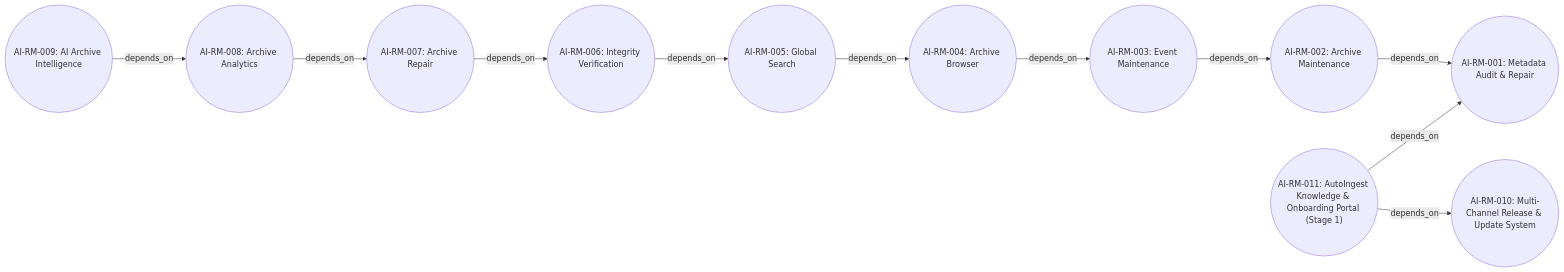
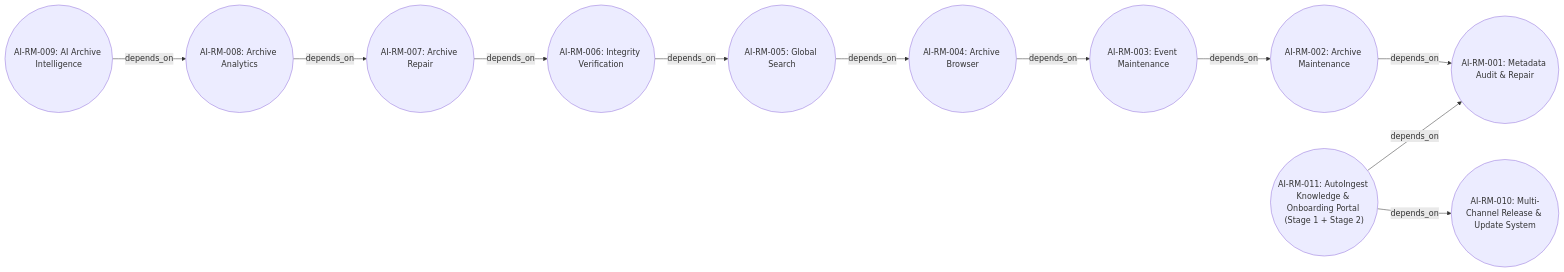
Before and after one commit to murtazakhazanchi-ops/autoingest-releases: the first of 8 diagrams in docs/product/generated/dependency-graph.md, drawn with Mermaid. The commit also changed other lines of this file and 14 other files, not shown here.

````diff
--- a/docs/product/generated/dependency-graph.md
+++ b/docs/product/generated/dependency-graph.md
@@ -11,25 +11,25 @@
 ```mermaid
 flowchart LR
   %% Roadmap milestone relationships
   AI_RM_001(("AI-RM-001: Metadata Audit & Repair"))
   AI_RM_002(("AI-RM-002: Archive Maintenance"))
   AI_RM_003(("AI-RM-003: Event Maintenance"))
   AI_RM_004(("AI-RM-004: Archive Browser"))
   AI_RM_005(("AI-RM-005: Global Search"))
   AI_RM_006(("AI-RM-006: Integrity Verification"))
   AI_RM_007(("AI-RM-007: Archive Repair"))
   AI_RM_008(("AI-RM-008: Archive Analytics"))
   AI_RM_009(("AI-RM-009: AI Archive Intelligence"))
   AI_RM_010(("AI-RM-010: Multi-Channel Release & Update System"))
-  AI_RM_011(("AI-RM-011: AutoIngest Knowledge & Onboarding Portal (Stage 1)"))
+  AI_RM_011(("AI-RM-011: AutoIngest Knowledge & Onboarding Portal (Stage 1 + Stage 2)"))
   AI_RM_002 -->|depends_on| AI_RM_001
   AI_RM_003 -->|depends_on| AI_RM_002
   AI_RM_004 -->|depends_on| AI_RM_003
   AI_RM_005 -->|depends_on| AI_RM_004
   AI_RM_006 -->|depends_on| AI_RM_005
   AI_RM_007 -->|depends_on| AI_RM_006
   AI_RM_008 -->|depends_on| AI_RM_007
   AI_RM_009 -->|depends_on| AI_RM_008
   AI_RM_011 -->|depends_on| AI_RM_001
   AI_RM_011 -->|depends_on| AI_RM_010
 ```
````
